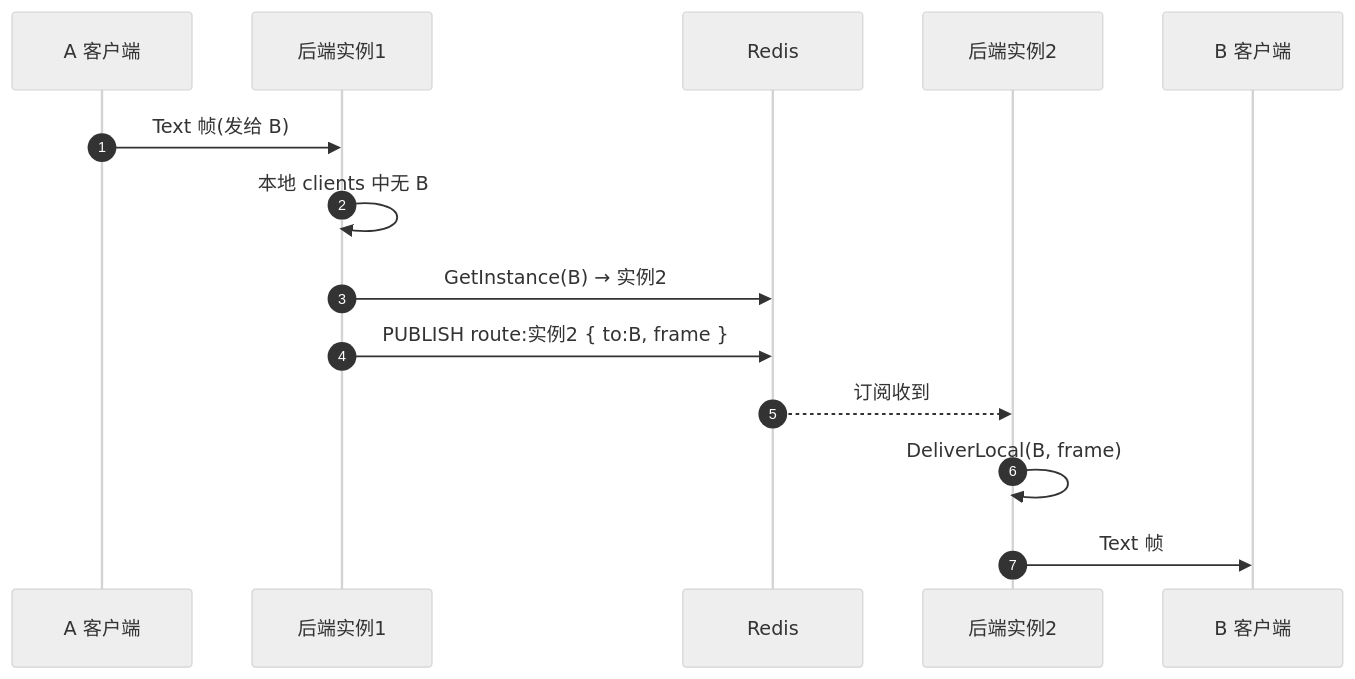
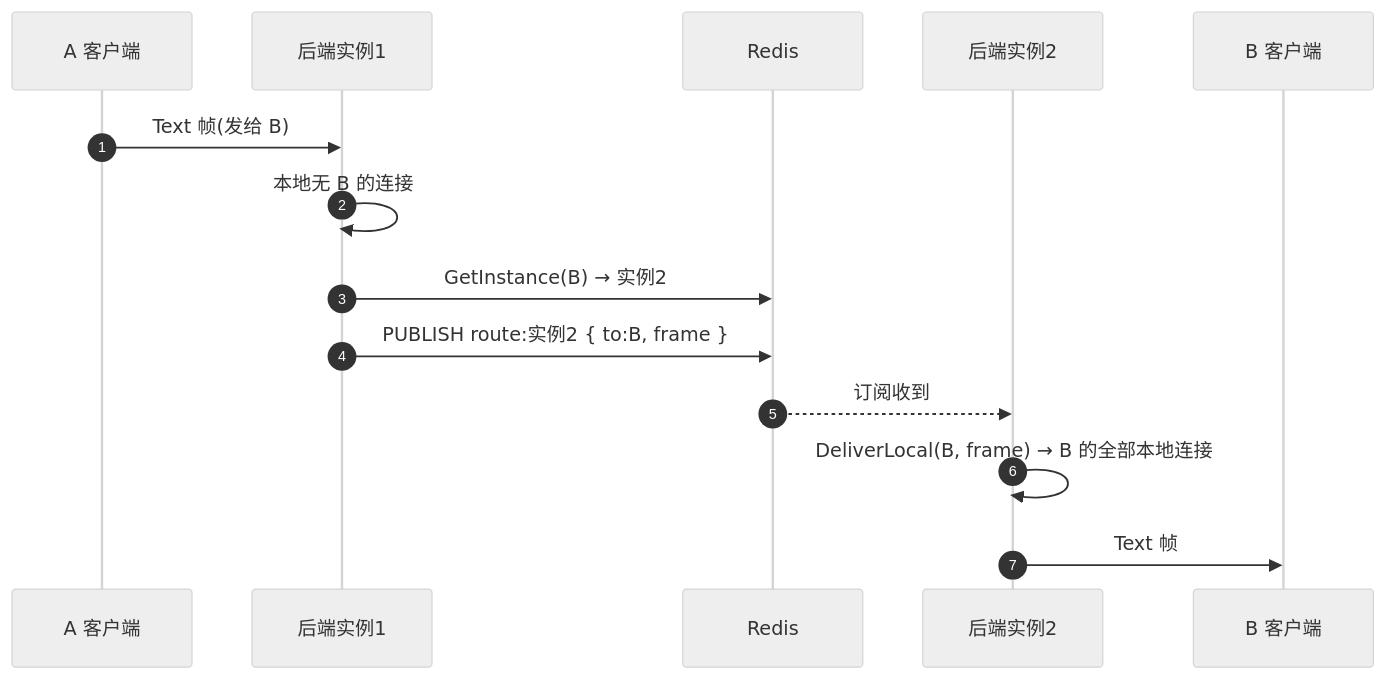
One commit to 23jdd/IM changed the third of 6 diagrams in README.md. Above: the diagram before and after it, drawn with Mermaid (neutral theme). The commit also changed other lines of this file and 1 other file, not shown here.

````diff
--- a/README.md
+++ b/README.md
@@ -134,17 +154,17 @@
 ```mermaid
 sequenceDiagram
     autonumber
     participant A as A 客户端
     participant S1 as 后端实例1
     participant R as Redis
     participant S2 as 后端实例2
     participant Bc as B 客户端
 
     A->>S1: Text 帧(发给 B)
-    S1->>S1: 本地 clients 中无 B
+    S1->>S1: 本地无 B 的连接
     S1->>R: GetInstance(B) → 实例2
     S1->>R: PUBLISH route:实例2 { to:B, frame }
     R-->>S2: 订阅收到
-    S2->>S2: DeliverLocal(B, frame)
+    S2->>S2: DeliverLocal(B, frame) → B 的全部本地连接
     S2->>Bc: Text 帧
 ```
````
